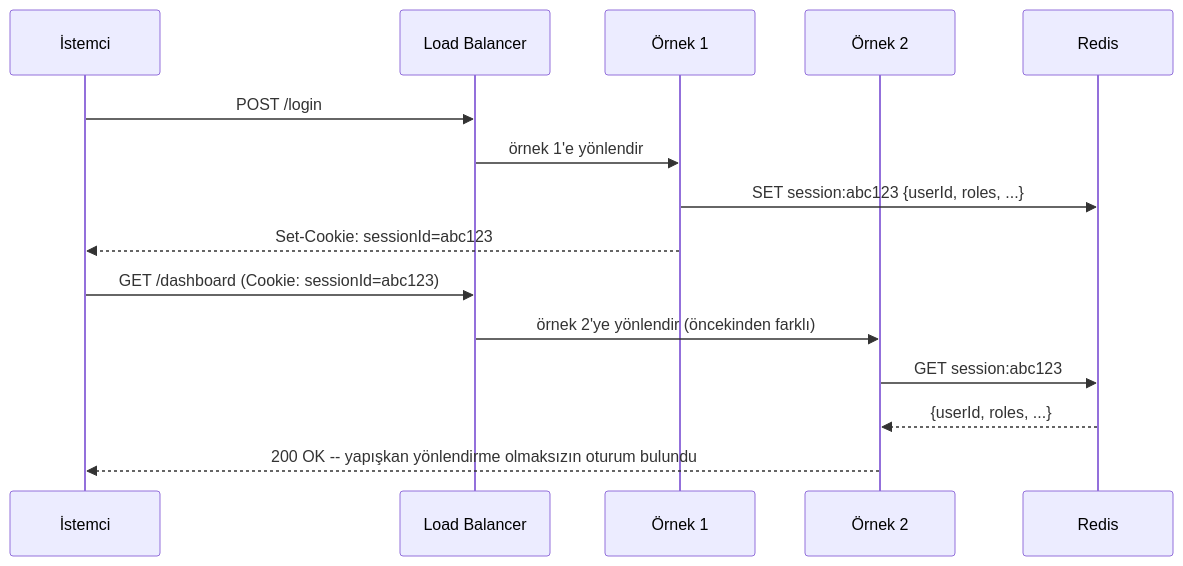
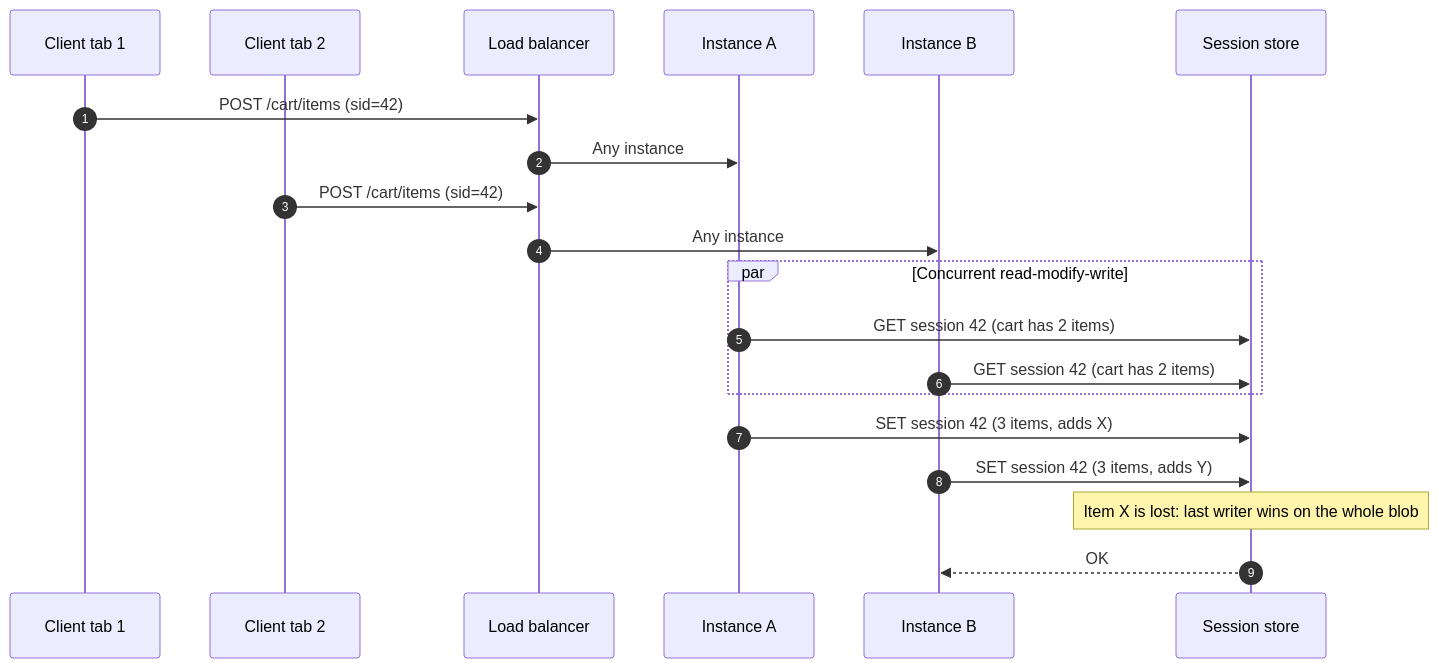
Before and after one commit to gorkemsari/distributed-systems: the second of 5 diagrams in src/content/docs/tr/foundations/monoliths-to-distributed/stateful-vs-stateless.mdx, drawn with Mermaid. The commit also changed other lines of this file and 3 other files, not shown here.

````diff
--- a/src/content/docs/tr/foundations/monoliths-to-distributed/stateful-vs-stateless.mdx
+++ b/src/content/docs/tr/foundations/monoliths-to-distributed/stateful-vs-stateless.mdx
@@ -94,19 +51,22 @@
 ```mermaid
 sequenceDiagram
-    participant C as İstemci
-    participant LB as Load Balancer
-    participant A1 as Örnek 1
-    participant A2 as Örnek 2
-    participant R as Redis
- 
-    C->>LB: POST /login
-    LB->>A1: örnek 1'e yönlendir
-    A1->>R: SET session:abc123 {userId, roles, ...}
-    A1-->>C: Set-Cookie: sessionId=abc123
- 
-    C->>LB: GET /dashboard (Cookie: sessionId=abc123)
-    LB->>A2: örnek 2'ye yönlendir (öncekinden farklı)
-    A2->>R: GET session:abc123
-    R-->>A2: {userId, roles, ...}
-    A2-->>C: 200 OK -- yapışkan yönlendirme olmaksızın oturum bulundu
+    autonumber
+    participant C1 as Client tab 1
+    participant C2 as Client tab 2
+    participant LB as Load balancer
+    participant A as Instance A
+    participant B as Instance B
+    participant S as Session store
+    C1->>LB: POST /cart/items (sid=42)
+    LB->>A: Any instance
+    C2->>LB: POST /cart/items (sid=42)
+    LB->>B: Any instance
+    par Concurrent read-modify-write
+        A->>S: GET session 42 (cart has 2 items)
+        B->>S: GET session 42 (cart has 2 items)
+    end
+    A->>S: SET session 42 (3 items, adds X)
+    B->>S: SET session 42 (3 items, adds Y)
+    Note over S: Item X is lost: last writer wins on the whole blob
+    S-->>B: OK
 ```
````
